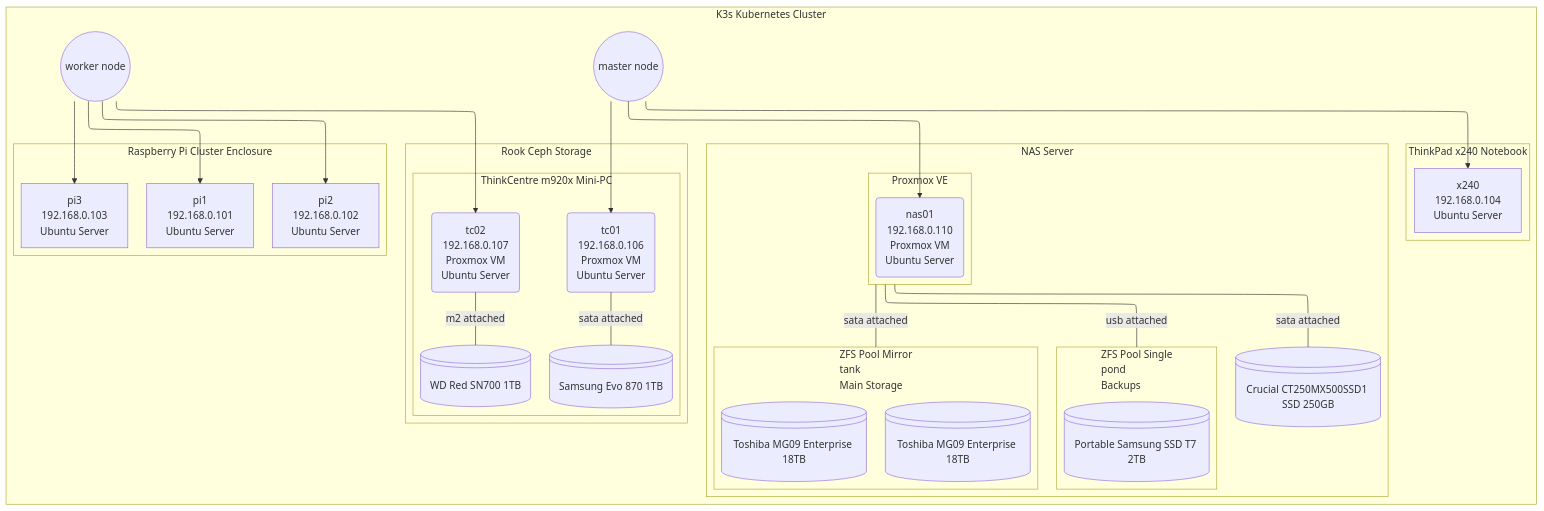
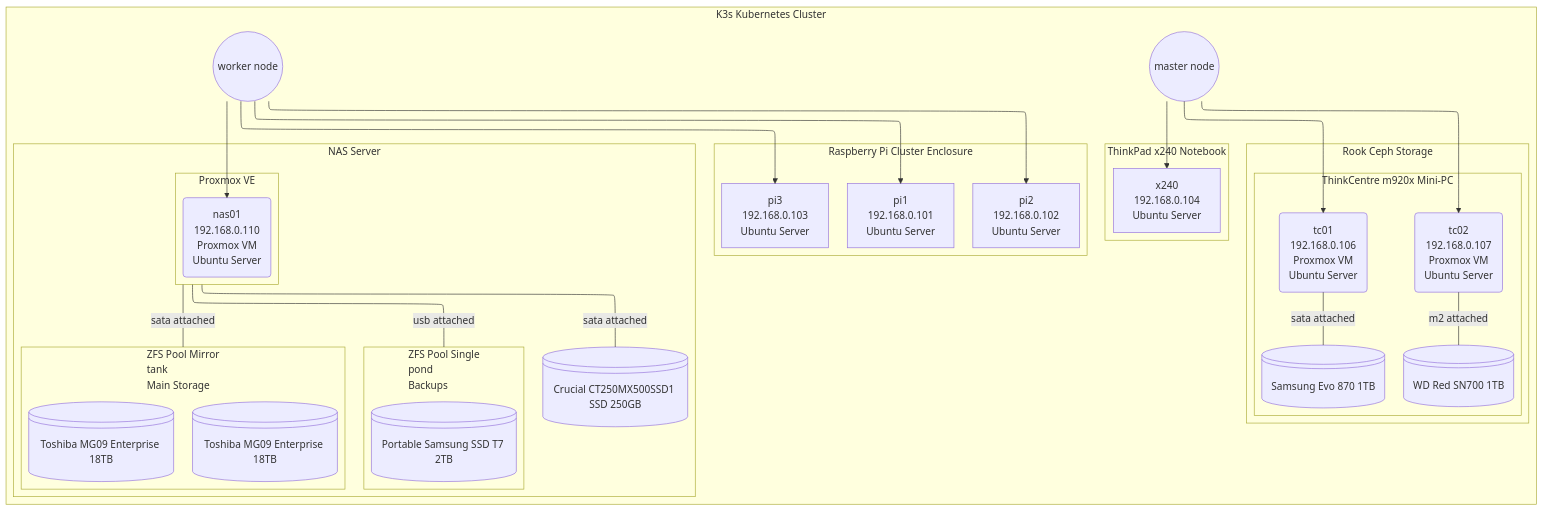
The diagram in docs/ARCHITECTURE.md (FrederikS/homelab), drawn with Mermaid before and after one commit. The commit also changed 6 other files, not shown here.

Commit message:
swapped master and worker node

````diff
--- a/docs/ARCHITECTURE.md
+++ b/docs/ARCHITECTURE.md
@@ -9,63 +9,63 @@
 ```mermaid
 ---
 config:
   layout: elk
 ---
 graph TB
 
     subgraph "K3s Kubernetes Cluster"
         direction TB
         master(("master node"))
         worker(("worker node"))
 
         subgraph "Raspberry Pi Cluster Enclosure"
             pi1["pi1<br/>192.168.0.101<br/>Ubuntu Server"]
             pi2["pi2<br/>192.168.0.102<br/>Ubuntu Server"]
             pi3["pi3<br/>192.168.0.103<br/>Ubuntu Server"]
         end
 
         subgraph "Rook Ceph Storage"
             subgraph "ThinkCentre m920x Mini-PC"
                 direction LR
                 tc01("tc01<br/>192.168.0.106<br/>Proxmox VM<br/>Ubuntu Server")
                 tc02("tc02<br/>192.168.0.107<br/>Proxmox VM<br/>Ubuntu Server")
                 ssd2@{shape: lin-cyl, label: "Samsung Evo 870 1TB"}
                 ssd1@{shape: lin-cyl, label: "WD Red SN700 1TB"}
                 tc01--sata attached ---ssd2
                 tc02--m2 attached ---ssd1
             end
         end
 
         subgraph "ThinkPad x240 Notebook"
             x240["x240<br/>192.168.0.104<br/>Ubuntu Server"]
         end
 
         subgraph "NAS Server"
             direction LR
             subgraph pve02 ["Proxmox VE"]
                 nas01("nas01<br/>192.168.0.110<br/>Proxmox VM<br/>Ubuntu Server")
             end
             subgraph tank ["ZFS Pool Mirror<br/>tank<br/>Main Storage"]
                 nashdd1@{shape: lin-cyl, label: "Toshiba MG09 Enterprise 18TB"}
                 nashdd2@{shape: lin-cyl, label: "Toshiba MG09 Enterprise 18TB"}
             end
             nasssd1@{shape: lin-cyl, label: "Crucial CT250MX500SSD1 SSD 250GB"}
             pve02--sata attached ---nasssd1
             pve02--sata attached ---tank
             pve02--usb attached ---pond
         end
 
         subgraph pond ["ZFS Pool Single<br/>pond<br/>Backups"]
             essd@{shape: lin-cyl, label: "Portable Samsung SSD T7 2TB"}
         end
 
         master --> tc01
+        master --> tc02
         master --> x240
-        master --> nas01
-        worker --> tc02
         worker --> pi1
         worker --> pi2
         worker --> pi3
+        worker --> nas01
 
     end
 ```
````
